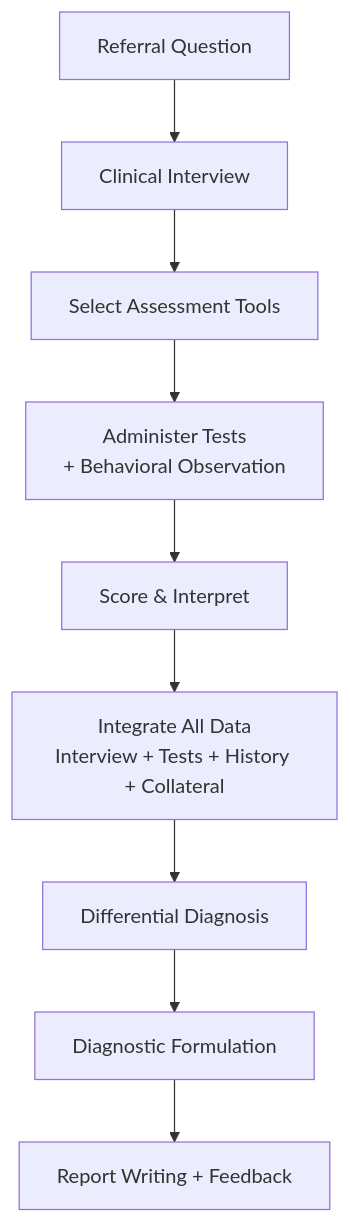
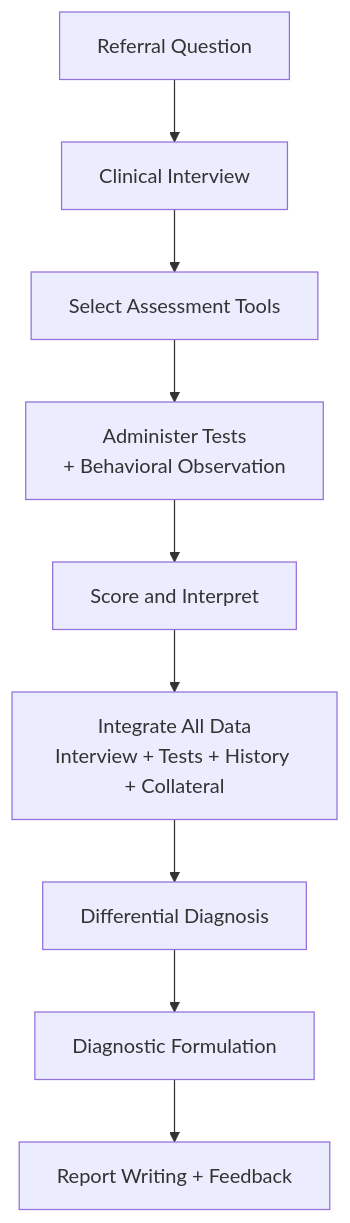
One commit to oat431/general-knowledge changed the diagram in career/psychologist/02_Psychological_Assessment_and_Diagnosis.md. Above: the diagram before and after it, drawn with Mermaid. The commit also changed 29 other files, not shown here.

Commit message:
vault backup: 2026-07-28 00:14:47: add lawyer note and fix a error diagram

````diff
--- a/career/psychologist/02_Psychological_Assessment_and_Diagnosis.md
+++ b/career/psychologist/02_Psychological_Assessment_and_Diagnosis.md
@@ -129,11 +129,11 @@
 ```mermaid
-graph TD
+flowchart TD
     A[Referral Question] --> B[Clinical Interview]
     B --> C[Select Assessment Tools]
     C --> D[Administer Tests<br/>+ Behavioral Observation]
-    D --> E[Score & Interpret]
+    D --> E[Score and Interpret]
     E --> F[Integrate All Data<br/>Interview + Tests + History + Collateral]
     F --> G[Differential Diagnosis]
     G --> H[Diagnostic Formulation]
     H --> I[Report Writing + Feedback]
 ```
````
